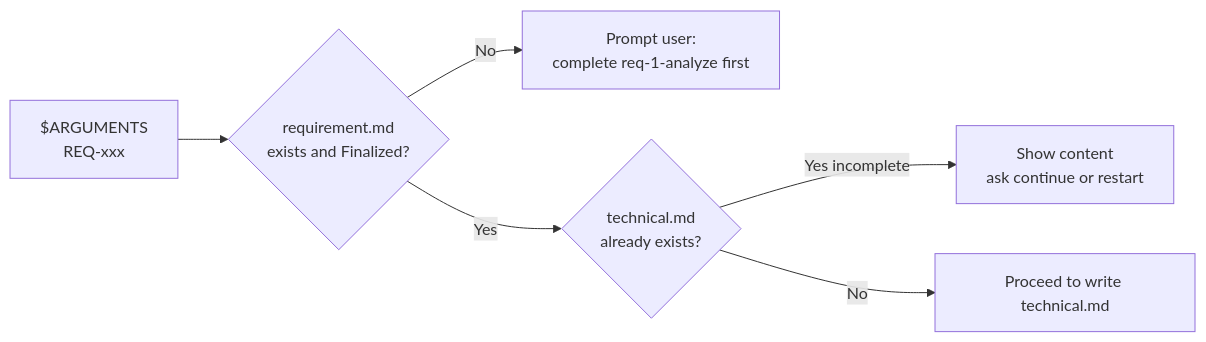
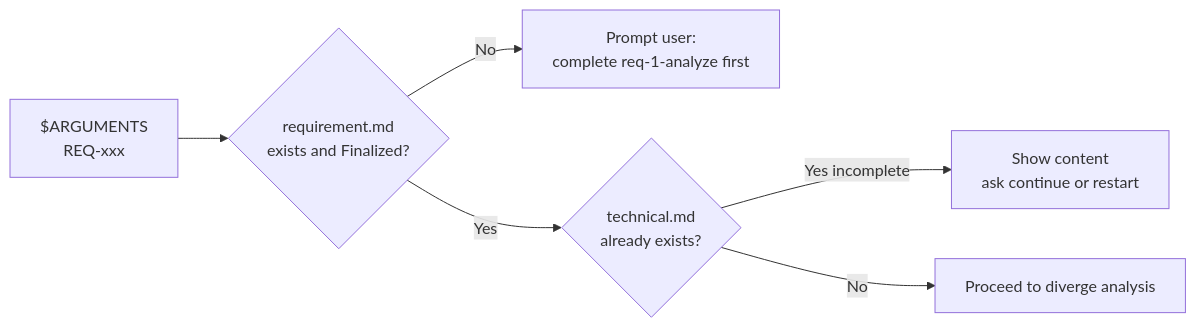
Before and after one commit to GOODDAYDAY/my-skills: the third of 5 diagrams in req-2-tech/SKILL.md, drawn with Mermaid. The commit also changed other lines of this file and 3 other files, not shown here.

````diff
--- a/req-2-tech/SKILL.md
+++ b/req-2-tech/SKILL.md
@@ -46,8 +52,8 @@
 ```mermaid
 flowchart LR
     A[$ARGUMENTS\nREQ-xxx] --> B{requirement.md\nexists and Finalized?}
     B -- No --> C[Prompt user:\ncomplete req-1-analyze first]
     B -- Yes --> D{technical.md\nalready exists?}
     D -- Yes incomplete --> E[Show content\nask continue or restart]
-    D -- No --> F[Proceed to write technical.md]
+    D -- No --> F[Proceed to diverge analysis]
 ```
````
